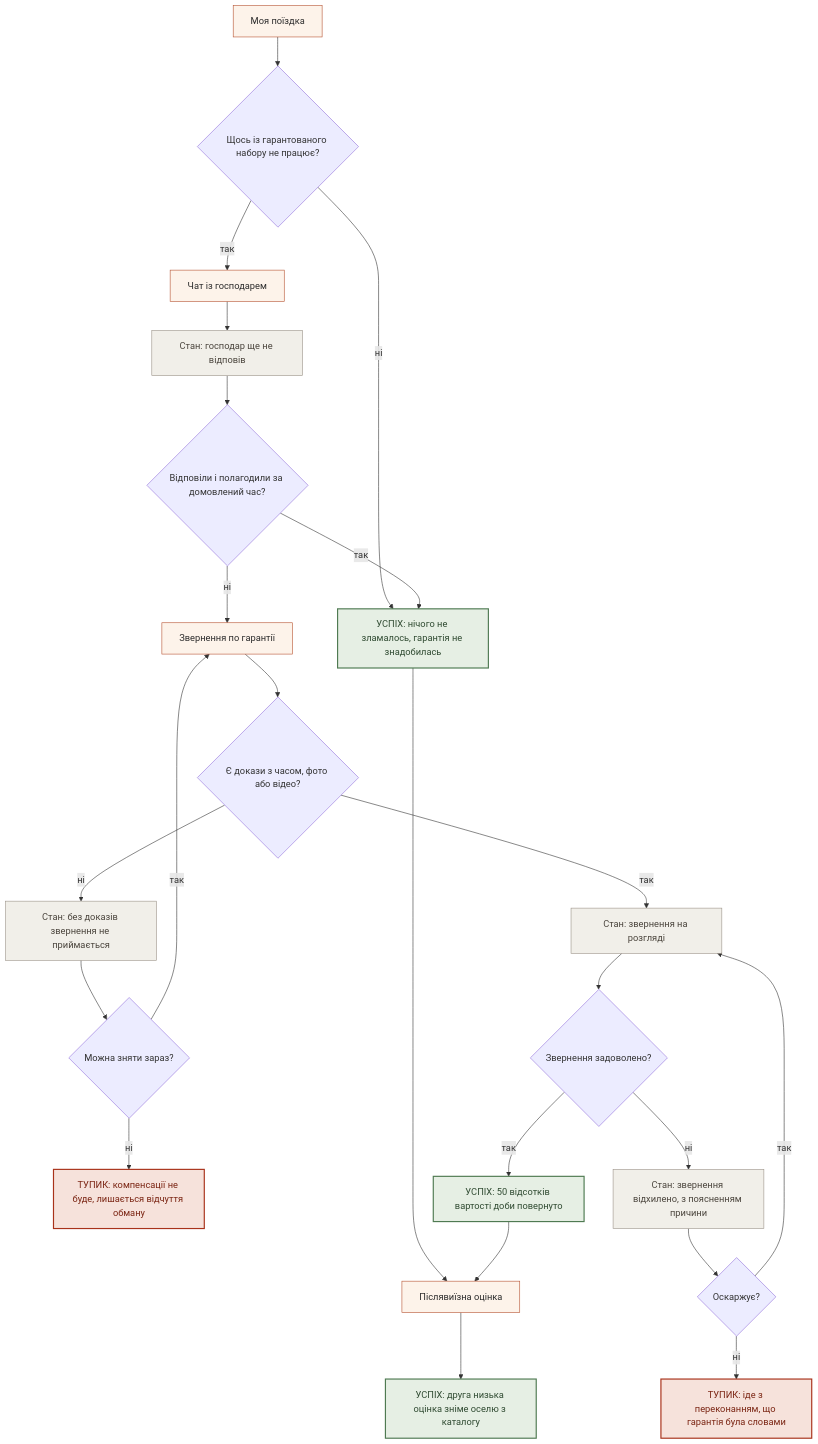
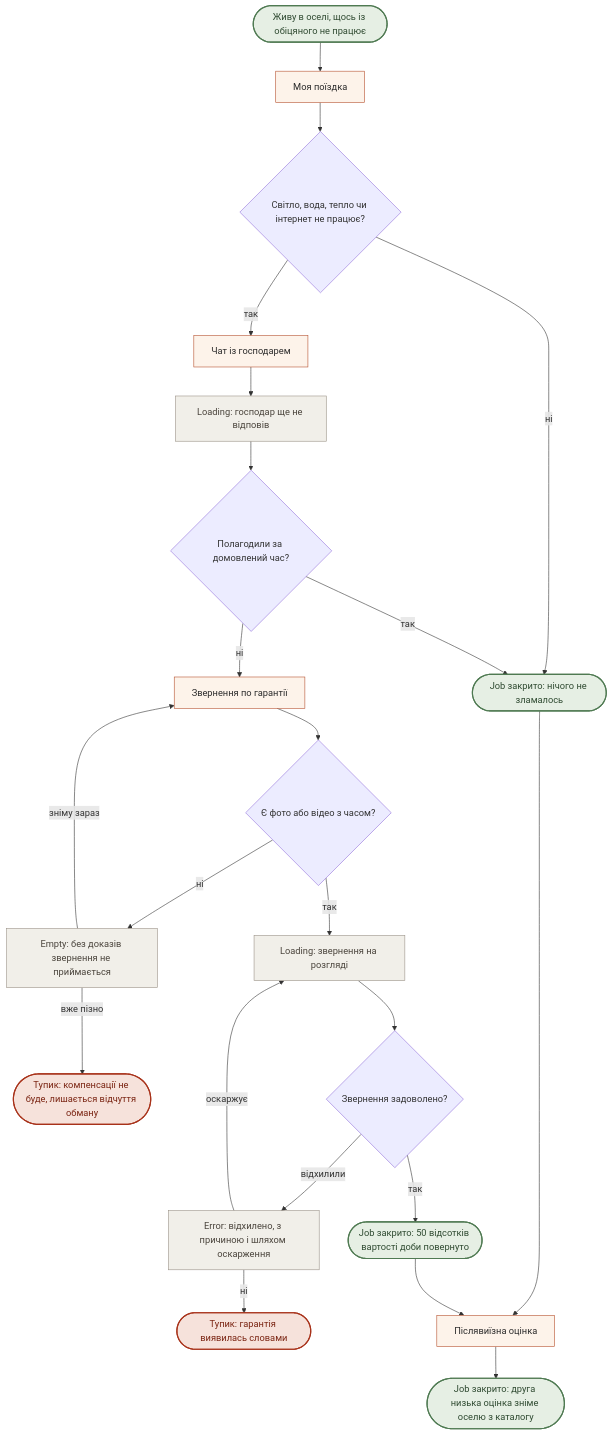
The fourth of 4 diagrams in flows.md (sofiya5395870-sys/khata-v-seli), drawn with Mermaid before and after one commit. The commit also changed other lines of this file, not shown here.

First line of the commit message:
Redraw the flows in the agreed notation

````diff
--- a/flows.md
+++ b/flows.md
@@ -252,38 +210,37 @@
 ```mermaid
 flowchart TD
-    C1["Моя поїздка"] --> Q1{"Щось із гарантованого набору не працює?"}
-    Q1 -->|ні| OK1["УСПІХ: нічого не зламалось, гарантія не знадобилась"]
-    Q1 -->|так| C2["Чат із господарем"]
+    Start([Живу в оселі, щось із обіцяного не працює]) --> Trip[Моя поїздка]
+    Trip --> Broken{Світло, вода, тепло чи інтернет не працює?}
+    Broken -->|ні| Fine(["Job закрито: нічого не зламалось"])
+    Broken -->|так| Chat[Чат із господарем]
 
-    C2 --> L1["Стан: господар ще не відповів"]
-    L1 --> Q2{"Відповіли і полагодили за домовлений час?"}
-    Q2 -->|так| OK1
-    Q2 -->|ні| C3["Звернення по гарантії"]
+    Chat --> Wait["Loading: господар ще не відповів"]
+    Wait --> Fixed{Полагодили за домовлений час?}
+    Fixed -->|так| Fine
+    Fixed -->|ні| Claim[Звернення по гарантії]
 
-    C3 --> Q3{"Є докази з часом, фото або відео?"}
-    Q3 -->|ні| E1["Стан: без доказів звернення не приймається"]
-    E1 --> Q4{"Можна зняти зараз?"}
-    Q4 -->|так| C3
-    Q4 -->|ні| D1["ТУПИК: компенсації не буде, лишається відчуття обману"]
+    Claim --> Proof{Є фото або відео з часом?}
+    Proof -->|ні| Empty["Empty: без доказів звернення не приймається"]
+    Empty -->|зніму зараз| Claim
+    Empty -->|вже пізно| DeadProof(["Тупик: компенсації не буде, лишається відчуття обману"])
 
-    Q3 -->|так| L2["Стан: звернення на розгляді"]
-    L2 --> Q5{"Звернення задоволено?"}
-    Q5 -->|ні| E2["Стан: звернення відхилено, з поясненням причини"]
-    E2 --> Q6{"Оскаржує?"}
-    Q6 -->|так| L2
-    Q6 -->|ні| D2["ТУПИК: іде з переконанням, що гарантія була словами"]
-    Q5 -->|так| OK2["УСПІХ: 50 відсотків вартості доби повернуто"]
+    Proof -->|так| Review["Loading: звернення на розгляді"]
+    Review --> Granted{Звернення задоволено?}
+    Granted -->|відхилили| Err["Error: відхилено, з причиною і шляхом оскарження"]
+    Err -->|оскаржує| Review
+    Err -->|ні| DeadWords(["Тупик: гарантія виявилась словами"])
+    Granted -->|так| Back(["Job закрито: 50 відсотків вартості доби повернуто"])
 
-    OK1 --> C4["Післявиїзна оцінка"]
-    OK2 --> C4
-    C4 --> OK3["УСПІХ: друга низька оцінка зніме оселю з каталогу"]
+    Fine --> Rate[Післявиїзна оцінка]
+    Back --> Rate
+    Rate --> Clean(["Job закрито: друга низька оцінка зніме оселю з каталогу"])
 
     classDef screen fill:#fdf3ea,stroke:#b5502e,color:#2b2b2b
     classDef state fill:#f1efe9,stroke:#9a9287,color:#4a443c
     classDef dead fill:#f6e2db,stroke:#a8321a,stroke-width:2px,color:#7a2412
     classDef win fill:#e6efe4,stroke:#4f7a52,stroke-width:2px,color:#2f4a31
-    class C1,C2,C3,C4 screen
-    class L1,L2,E1,E2 state
-    class D1,D2 dead
-    class OK1,OK2,OK3 win
+    class Trip,Chat,Claim,Rate screen
+    class Wait,Empty,Review,Err state
+    class DeadProof,DeadWords dead
+    class Fine,Back,Clean,Start win
 ```
````
